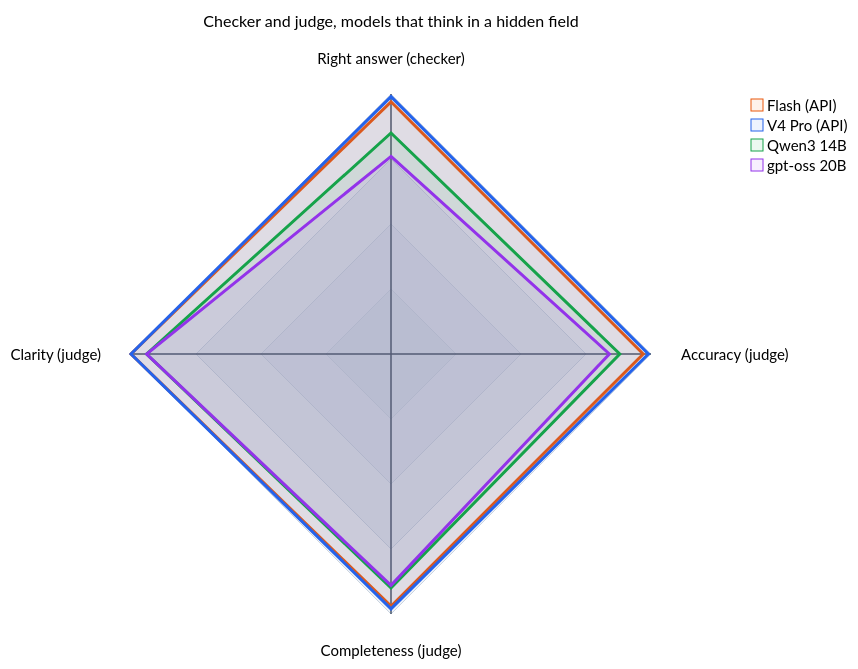
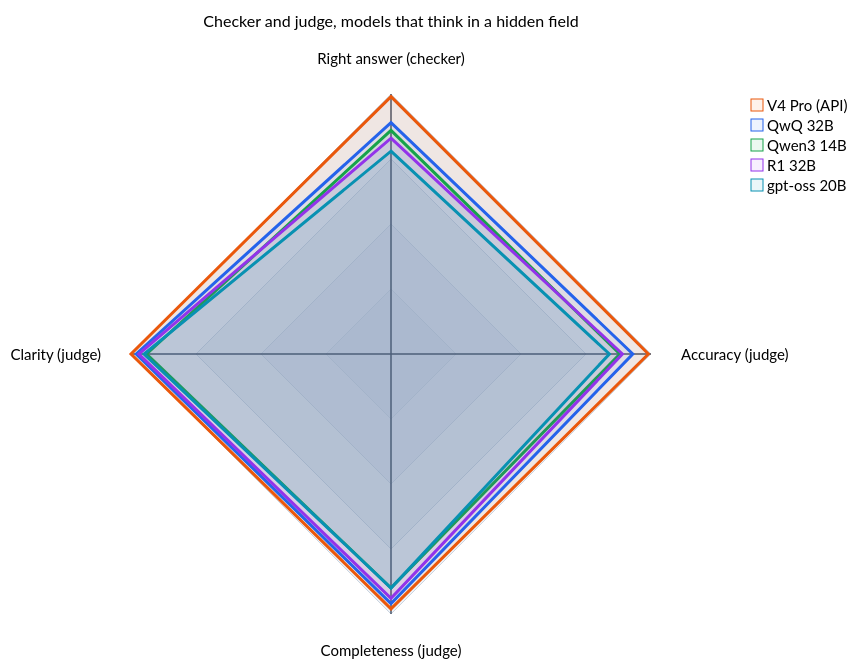
One commit to Haddley/haddley.github.io changed the second of 4 diagrams in content/llmbenchmark2.md. Above: the diagram before and after it, drawn with Mermaid. The commit also changed other lines of this file and 15 other files, not shown here.

````diff
--- a/content/llmbenchmark2.md
+++ b/content/llmbenchmark2.md
@@ -170,15 +175,16 @@
 ```mermaid
 %%{init: {"theme": "neutral", "themeVariables": {"cScale0": "#ea580c", "cScale1": "#2563eb", "cScale2": "#16a34a", "cScale3": "#9333ea", "cScale4": "#0891b2", "radar": {"curveOpacity": 0.08, "curveStrokeWidth": 3, "axisColor": "#475569", "axisStrokeWidth": 1.5, "axisLabelFontSize": 15, "graticuleColor": "#cbd5e1", "graticuleStrokeWidth": 1, "legendFontSize": 15, "legendBoxSize": 15}}, "radar": {"width": 520, "height": 520, "marginTop": 80, "marginBottom": 60, "marginLeft": 150, "marginRight": 220, "axisLabelFactor": 1.1}}}%%
 radar-beta
     title Checker and judge, models that think in a hidden field
     axis ra["Right answer (checker)"], ac["Accuracy (judge)"], co["Completeness (judge)"], cl["Clarity (judge)"]
-    curve fl["Flash (API)"]{97, 97, 97, 100}
     curve pr["V4 Pro (API)"]{99, 99, 98, 100}
-    curve q14["Qwen3 14B"]{85, 88, 90, 94}
-    curve go["gpt-oss 20B"]{76, 84, 89, 94}
+    curve qw["QwQ 32B"]{89, 93, 96, 98}
+    curve q14["Qwen3 14B"]{86, 88, 90, 94}
+    curve r1["R1 32B"]{83, 89, 94, 97}
+    curve go["gpt-oss 20B"]{78, 84, 90, 95}
     max 100
     min 0
     graticule polygon
     ticks 4
     showLegend true
 ```
````
